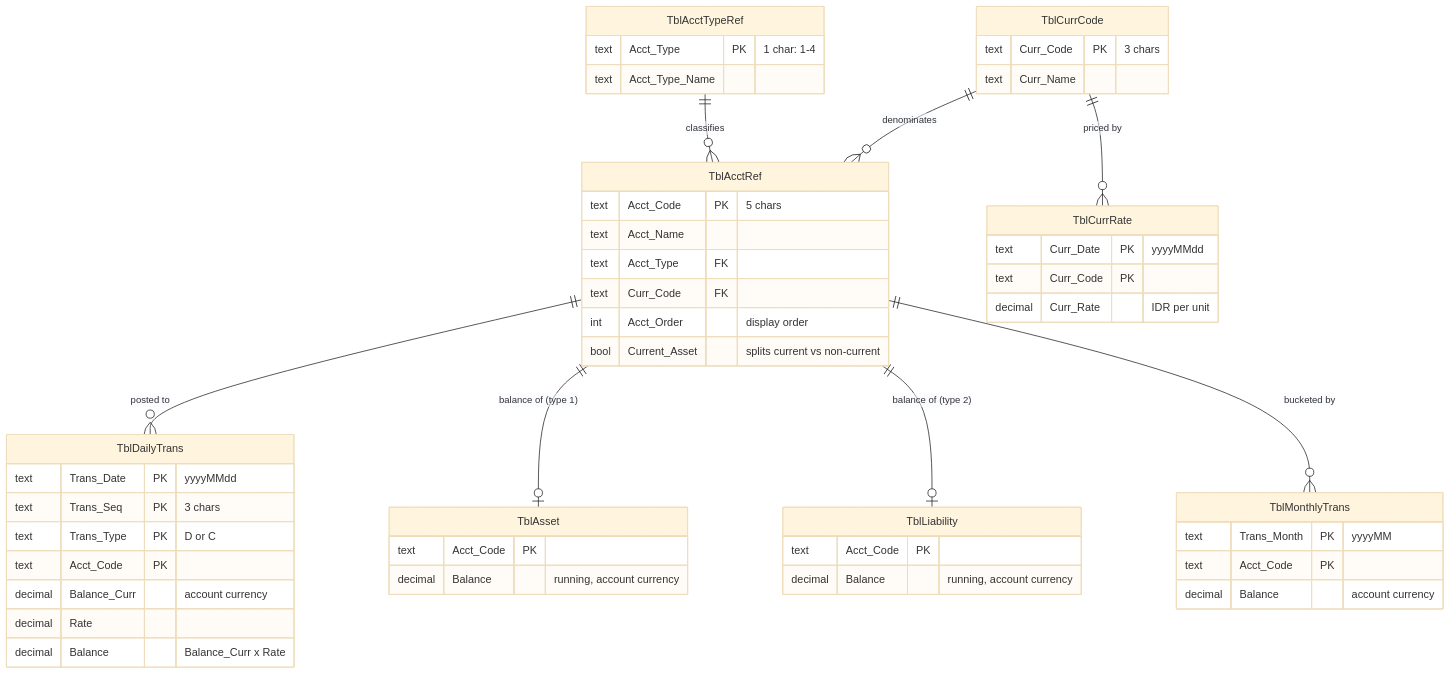
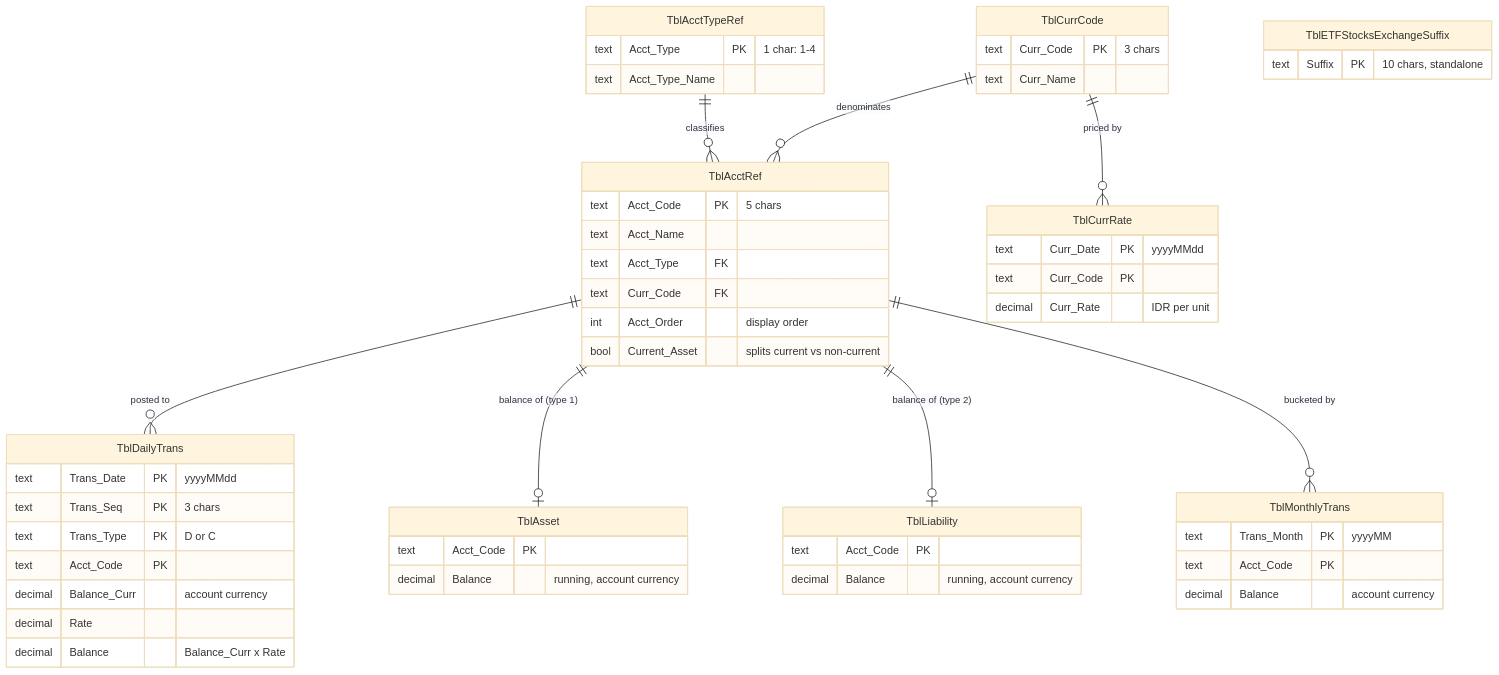
The third of 3 diagrams in README.md (oscar-rijadi/FinancialBalance), drawn with Mermaid (base theme) before and after one commit. The commit also changed other lines of this file and 53 other files, not shown here.

Commit message:
Add ETFStocks Suffix Setup Page

````diff
--- a/README.md
+++ b/README.md
@@ -133,54 +136,57 @@
 ```mermaid
 erDiagram
     TblAcctTypeRef  ||--o{ TblAcctRef      : "classifies"
     TblCurrCode     ||--o{ TblAcctRef      : "denominates"
     TblCurrCode     ||--o{ TblCurrRate     : "priced by"
     TblAcctRef      ||--o{ TblDailyTrans   : "posted to"
     TblAcctRef      ||--o| TblAsset        : "balance of (type 1)"
     TblAcctRef      ||--o| TblLiability    : "balance of (type 2)"
     TblAcctRef      ||--o{ TblMonthlyTrans : "bucketed by"
 
     TblAcctTypeRef {
         text Acct_Type PK "1 char: 1-4"
         text Acct_Type_Name
     }
     TblAcctRef {
         text Acct_Code PK "5 chars"
         text Acct_Name
         text Acct_Type FK
         text Curr_Code FK
         int  Acct_Order "display order"
         bool Current_Asset "splits current vs non-current"
     }
     TblCurrCode {
         text Curr_Code PK "3 chars"
         text Curr_Name
     }
     TblCurrRate {
         text    Curr_Date PK "yyyyMMdd"
         text    Curr_Code PK
         decimal Curr_Rate "IDR per unit"
     }
     TblDailyTrans {
         text    Trans_Date PK "yyyyMMdd"
         text    Trans_Seq PK "3 chars"
         text    Trans_Type PK "D or C"
         text    Acct_Code PK
         decimal Balance_Curr "account currency"
         decimal Rate
         decimal Balance "Balance_Curr x Rate"
     }
     TblAsset {
         text    Acct_Code PK
         decimal Balance "running, account currency"
     }
     TblLiability {
         text    Acct_Code PK
         decimal Balance "running, account currency"
     }
     TblMonthlyTrans {
         text    Trans_Month PK "yyyyMM"
         text    Acct_Code PK
         decimal Balance "account currency"
     }
+    TblETFStocksExchangeSuffix {
+        text Suffix PK "10 chars, standalone"
+    }
 ```
````
